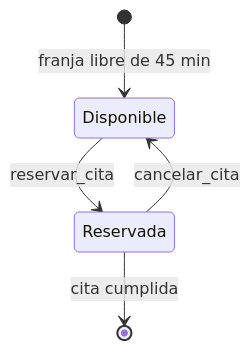
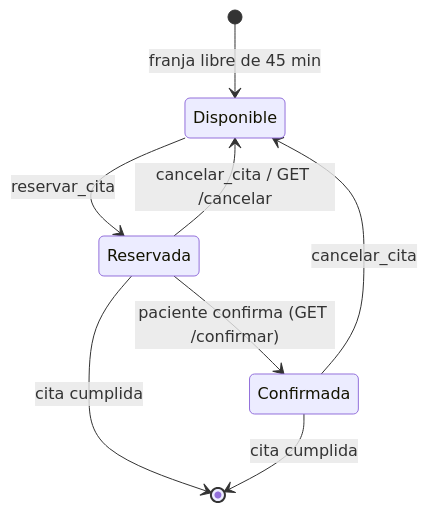
The fourth of 4 diagrams in README.md (Hisantirness/chatbot-clinica-dental), drawn with Mermaid before and after one commit. The commit also changed other lines of this file and 16 other files, not shown here.

````diff
--- a/README.md
+++ b/README.md
@@ -118,7 +127,10 @@
 ```mermaid
 stateDiagram-v2
     [*] --> Disponible: franja libre de 45 min
     Disponible --> Reservada: reservar_cita
-    Reservada --> Disponible: cancelar_cita
+    Reservada --> Confirmada: paciente confirma (GET /confirmar)
+    Reservada --> Disponible: cancelar_cita / GET /cancelar
+    Confirmada --> Disponible: cancelar_cita
     Reservada --> [*]: cita cumplida
+    Confirmada --> [*]: cita cumplida
 ```
````
